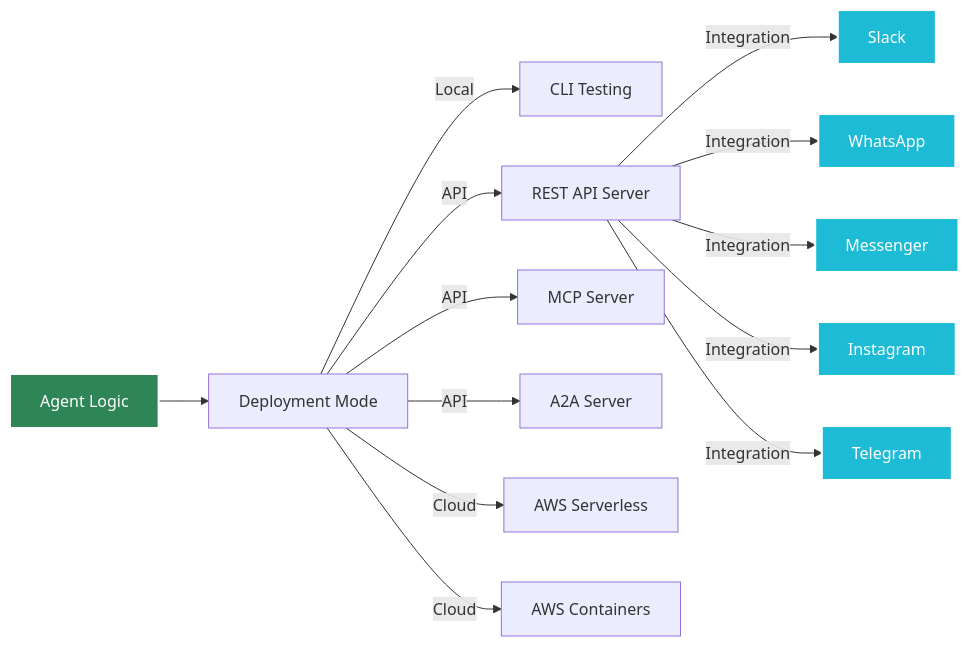
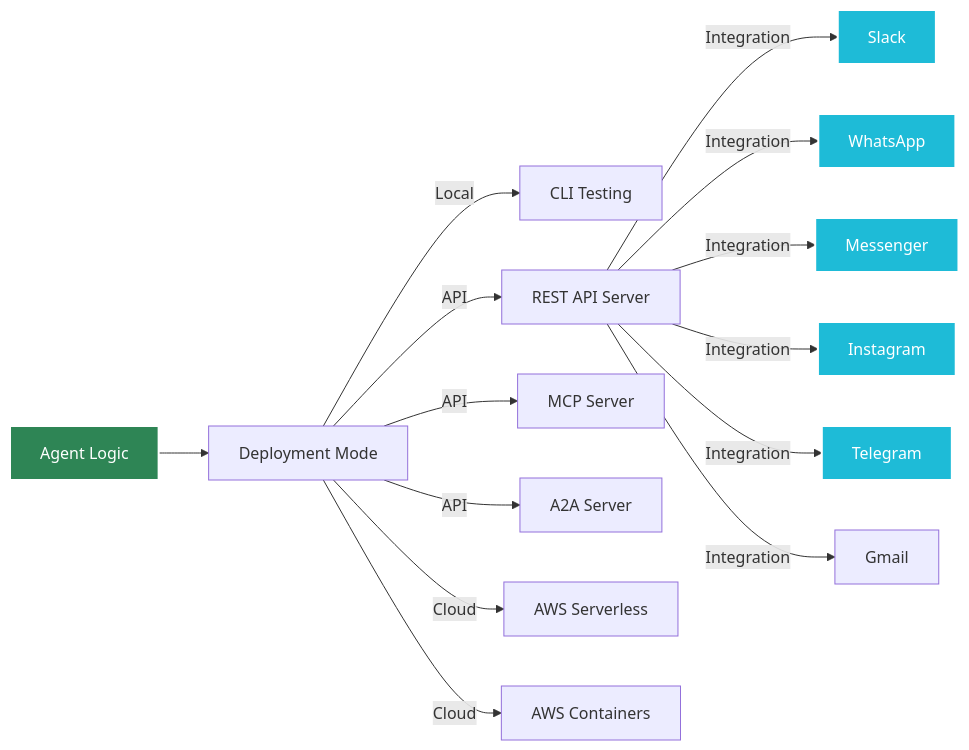
The second of 2 diagrams in docs/docs/intro.md (yaalalabs/agent-kernel), drawn with Mermaid before and after one commit. The commit also changed other lines of this file and 4 other files, not shown here.

````diff
--- a/docs/docs/intro.md
+++ b/docs/docs/intro.md
@@ -159,20 +160,20 @@
 ```mermaid
 ---
 config:
   layout: dagre
   elk: true
 ---
 flowchart LR
     A["Agent Logic"] --> B["Deployment Mode"]
     B -- Local --> C["CLI Testing"]
     B -- API --> D["REST API Server"] & G["MCP Server"] & H["A2A Server"]
     B -- Cloud --> E["AWS Serverless"] & F["AWS Containers"]
-    D -- Integration --> I["Slack"] & J["WhatsApp"] & K["Messenger"] & M["Instagram"] & N["Telegram"]
+    D -- Integration --> I["Slack"] & J["WhatsApp"] & K["Messenger"] & M["Instagram"] & N["Telegram"] & O["Gmail"]
 
     style A fill:#2e8555,stroke:#fff,stroke-width:2px,color:#fff
     style I fill:#1ebbd7,stroke:#fff,stroke-width:2px,color:#fff
     style J fill:#1ebbd7,stroke:#fff,stroke-width:2px,color:#fff
     style K fill:#1ebbd7,stroke:#fff,stroke-width:2px,color:#fff
     style M fill:#1ebbd7,stroke:#fff,stroke-width:2px,color:#fff
     style N fill:#1ebbd7,stroke:#fff,stroke-width:2px,color:#fff
 ```
````
